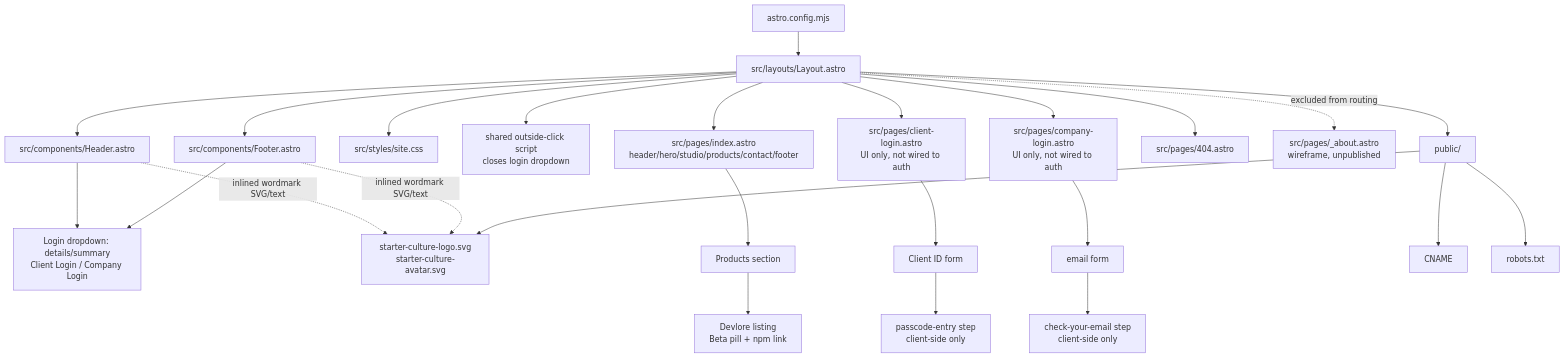
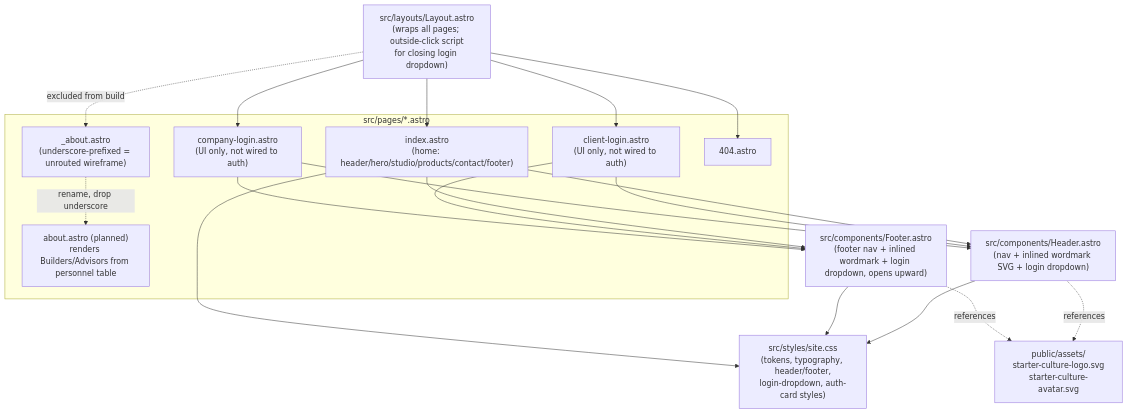
One commit to BubbaF377/starter-culture changed the first of 3 diagrams in docs/VISUALIZER.md. Above: the diagram before and after it, drawn with Mermaid. The commit also changed other lines of this file, not shown here.

Commit message:
Update visualizer (requirements changed): starter-culture

````diff
--- a/docs/VISUALIZER.md
+++ b/docs/VISUALIZER.md
@@ -6,34 +8,38 @@
 ```mermaid
 graph TD
-    Config[astro.config.mjs] --> Layout[src/layouts/Layout.astro]
+    Layout["src/layouts/Layout.astro<br/>(wraps all pages; outside-click script<br/>for closing login dropdown)"]
 
-    Layout --> Header[src/components/Header.astro]
-    Layout --> Footer[src/components/Footer.astro]
-    Layout --> SiteCSS[src/styles/site.css]
-    Layout --> DropdownScript[shared outside-click script<br/>closes login dropdown]
+    subgraph Pages["src/pages/*.astro"]
+        Index["index.astro<br/>(home: header/hero/studio/products/contact/footer)"]
+        ClientLogin["client-login.astro<br/>(UI only, not wired to auth)"]
+        CompanyLogin["company-login.astro<br/>(UI only, not wired to auth)"]
+        About["_about.astro<br/>(underscore-prefixed = unrouted wireframe)"]
+        NotFound["404.astro"]
+        AboutPageFuture["about.astro (planned)<br/>renders Builders/Advisors from personnel table"]
+    end
 
-    Header --> LoginDropdown[Login dropdown: details/summary<br/>Client Login / Company Login]
-    Footer --> LoginDropdown
-    Header -. inlined wordmark SVG/text .-> LogoAssets
-    Footer -. inlined wordmark SVG/text .-> LogoAssets
+    Header["src/components/Header.astro<br/>(nav + inlined wordmark SVG + login dropdown)"]
+    Footer["src/components/Footer.astro<br/>(footer nav + inlined wordmark + login dropdown, opens upward)"]
+    SiteCSS["src/styles/site.css<br/>(tokens, typography, header/footer,<br/>login-dropdown, auth-card styles)"]
+    Assets["public/assets/<br/>starter-culture-logo.svg<br/>starter-culture-avatar.svg"]
 
-    Layout --> Index[src/pages/index.astro<br/>header/hero/studio/products/contact/footer]
-    Layout --> ClientLogin[src/pages/client-login.astro<br/>UI only, not wired to auth]
-    Layout --> CompanyLogin[src/pages/company-login.astro<br/>UI only, not wired to auth]
-    Layout --> NotFound[src/pages/404.astro]
-    Layout -. excluded from routing .-> AboutDraft[src/pages/_about.astro<br/>wireframe, unpublished]
+    Layout --> Index
+    Layout --> ClientLogin
+    Layout --> CompanyLogin
+    Layout --> NotFound
+    Layout -.excluded from build.-> About
+    About -.rename, drop underscore.-> AboutPageFuture
 
-    ClientLogin --> ClientIDForm[Client ID form]
-    ClientIDForm --> PasscodeStep[passcode-entry step<br/>client-side only]
+    Index --> Header
+    Index --> Footer
+    ClientLogin --> Header
+    ClientLogin --> Footer
+    CompanyLogin --> Header
+    CompanyLogin --> Footer
 
-    CompanyLogin --> EmailForm[email form]
-    EmailForm --> CheckEmailStep[check-your-email step<br/>client-side only]
-
-    Index --> ProductsSection[Products section]
-    ProductsSection --> DevloreLink[Devlore listing<br/>Beta pill + npm link]
-
-    PublicDir[public/] --> LogoAssets[starter-culture-logo.svg<br/>starter-culture-avatar.svg]
-    PublicDir --> CNAME[CNAME]
-    PublicDir --> Robots[robots.txt]
-    Layout --> PublicDir
+    Header --> SiteCSS
+    Footer --> SiteCSS
+    Index --> SiteCSS
+    Header -. references .-> Assets
+    Footer -. references .-> Assets
 ```
````
